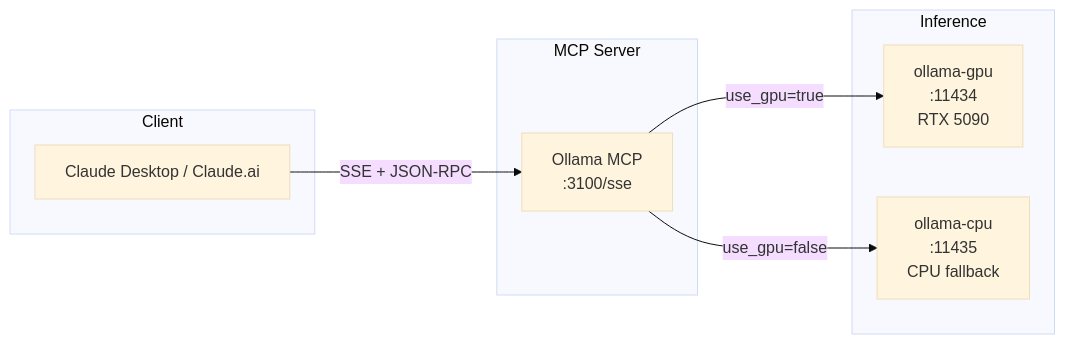
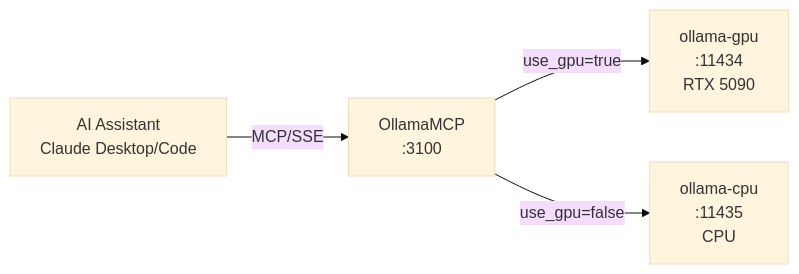
One commit to jpansarasa/ATLAS-Docs changed the diagram in OllamaMCP/README.md. Above: the diagram before and after it, drawn with Mermaid (base theme). The commit also changed other lines of this file and 31 other files, not shown here.

````diff
--- a/OllamaMCP/README.md
+++ b/OllamaMCP/README.md
@@ -15,19 +11,6 @@
 ```mermaid
 flowchart LR
-    subgraph Client
-        CD[Claude Desktop / Claude.ai]
-    end
-
-    subgraph MCP Server
-        MCP[Ollama MCP\n:3100/sse]
-    end
-
-    subgraph Inference
-        GPU[ollama-gpu\n:11434\nRTX 5090]
-        CPU[ollama-cpu\n:11435\nCPU fallback]
-    end
-
-    CD -->|SSE + JSON-RPC| MCP
-    MCP -->|use_gpu=true| GPU
-    MCP -->|use_gpu=false| CPU
+    AI[AI Assistant<br/>Claude Desktop/Code] -->|MCP/SSE| MCP[OllamaMCP<br/>:3100]
+    MCP -->|use_gpu=true| GPU[ollama-gpu<br/>:11434<br/>RTX 5090]
+    MCP -->|use_gpu=false| CPU[ollama-cpu<br/>:11435<br/>CPU]
 ```
````
